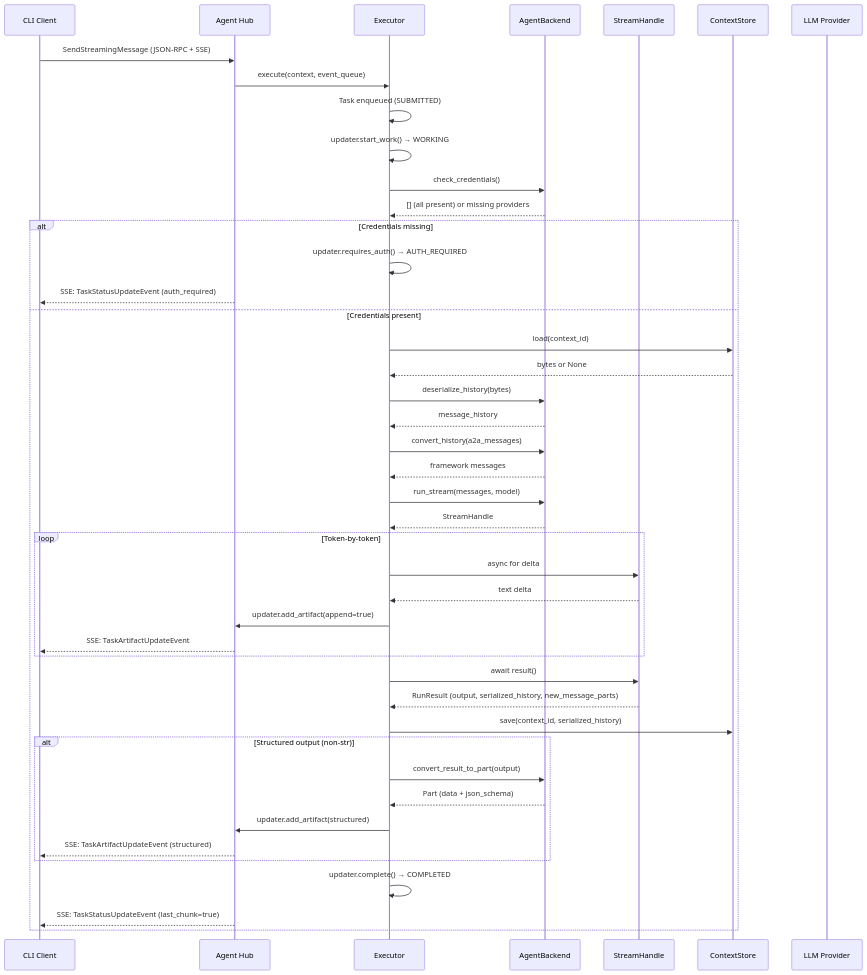
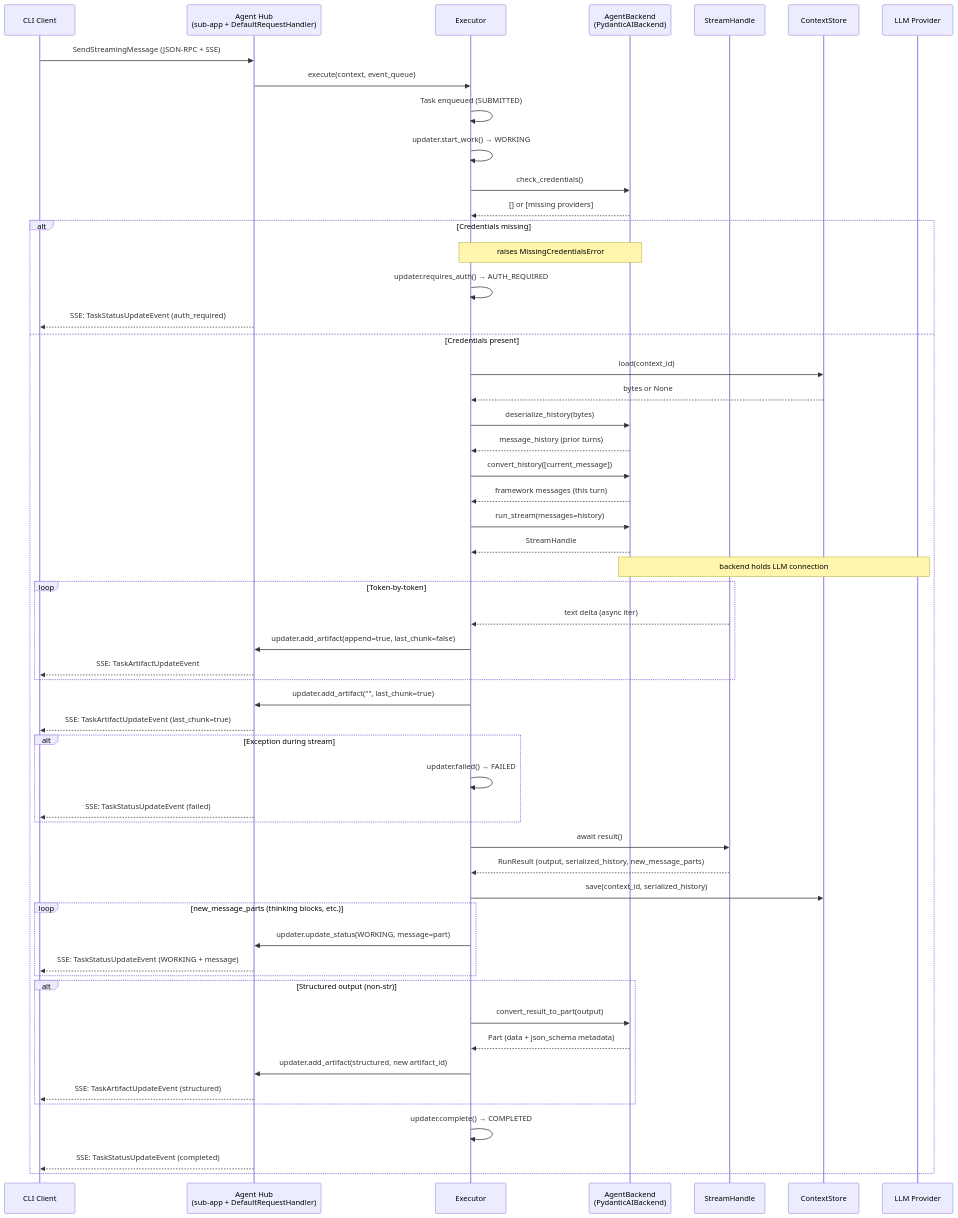
One commit to ColeB1722/fin-assist changed the fourth of 4 diagrams in README.md. Above: the diagram before and after it, drawn with Mermaid. The commit also changed other lines of this file and 1 other file, not shown here.

First line of the commit message:
docs: align README diagrams and architecture.md with current code

````diff
--- a/README.md
+++ b/README.md
@@ -123,56 +142,70 @@
 ```mermaid
 sequenceDiagram
     participant C as CLI Client
-    participant H as Agent Hub
+    participant H as Agent Hub<br/>(sub-app + DefaultRequestHandler)
     participant E as Executor
-    participant B as AgentBackend
+    participant B as AgentBackend<br/>(PydanticAIBackend)
     participant SH as StreamHandle
     participant CS as ContextStore
     participant LLM as LLM Provider
 
     C->>H: SendStreamingMessage (JSON-RPC + SSE)
     H->>E: execute(context, event_queue)
     E->>E: Task enqueued (SUBMITTED)
     E->>E: updater.start_work() → WORKING
 
     E->>B: check_credentials()
-    B-->>E: [] (all present) or missing providers
+    B-->>E: [] or [missing providers]
 
     alt Credentials missing
+        Note over E,B: raises MissingCredentialsError
         E->>E: updater.requires_auth() → AUTH_REQUIRED
         H-->>C: SSE: TaskStatusUpdateEvent (auth_required)
     else Credentials present
         E->>CS: load(context_id)
         CS-->>E: bytes or None
         E->>B: deserialize_history(bytes)
-        B-->>E: message_history
+        B-->>E: message_history (prior turns)
 
-        E->>B: convert_history(a2a_messages)
-        B-->>E: framework messages
+        E->>B: convert_history([current_message])
+        B-->>E: framework messages (this turn)
 
-        E->>B: run_stream(messages, model)
+        E->>B: run_stream(messages=history)
         B-->>E: StreamHandle
+        Note over B,LLM: backend holds LLM connection
 
         loop Token-by-token
-            E->>SH: async for delta
-            SH-->>E: text delta
-            E->>H: updater.add_artifact(append=true)
+            SH-->>E: text delta (async iter)
+            E->>H: updater.add_artifact(append=true, last_chunk=false)
             H-->>C: SSE: TaskArtifactUpdateEvent
+        end
+
+        E->>H: updater.add_artifact("", last_chunk=true)
+        H-->>C: SSE: TaskArtifactUpdateEvent (last_chunk=true)
+
+        alt Exception during stream
+            E->>E: updater.failed() → FAILED
+            H-->>C: SSE: TaskStatusUpdateEvent (failed)
         end
 
         E->>SH: await result()
         SH-->>E: RunResult (output, serialized_history, new_message_parts)
 
         E->>CS: save(context_id, serialized_history)
 
+        loop new_message_parts (thinking blocks, etc.)
+            E->>H: updater.update_status(WORKING, message=part)
+            H-->>C: SSE: TaskStatusUpdateEvent (WORKING + message)
+        end
+
         alt Structured output (non-str)
             E->>B: convert_result_to_part(output)
-            B-->>E: Part (data + json_schema)
-            E->>H: updater.add_artifact(structured)
+            B-->>E: Part (data + json_schema metadata)
+            E->>H: updater.add_artifact(structured, new artifact_id)
             H-->>C: SSE: TaskArtifactUpdateEvent (structured)
         end
 
         E->>E: updater.complete() → COMPLETED
-        H-->>C: SSE: TaskStatusUpdateEvent (last_chunk=true)
+        H-->>C: SSE: TaskStatusUpdateEvent (completed)
     end
 ```
````
